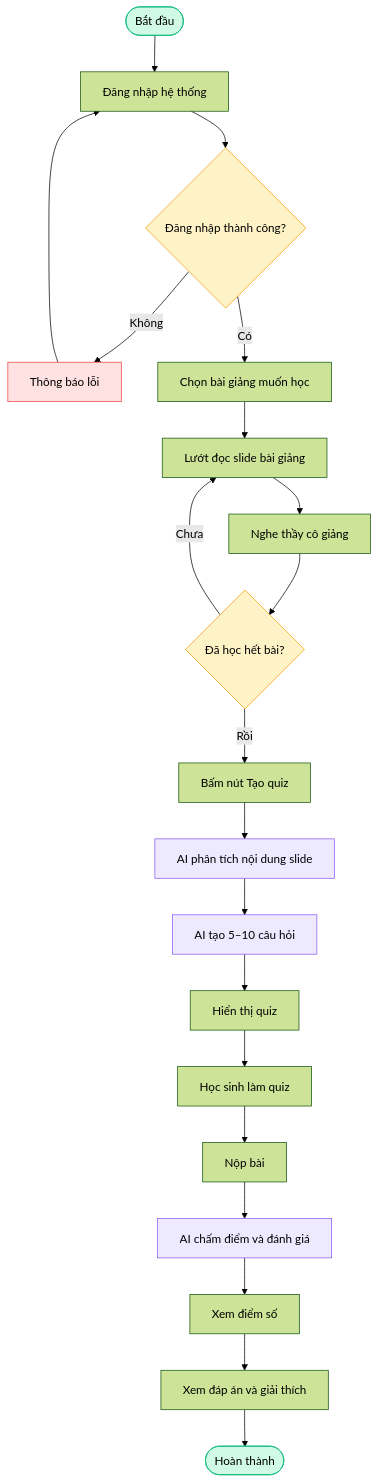
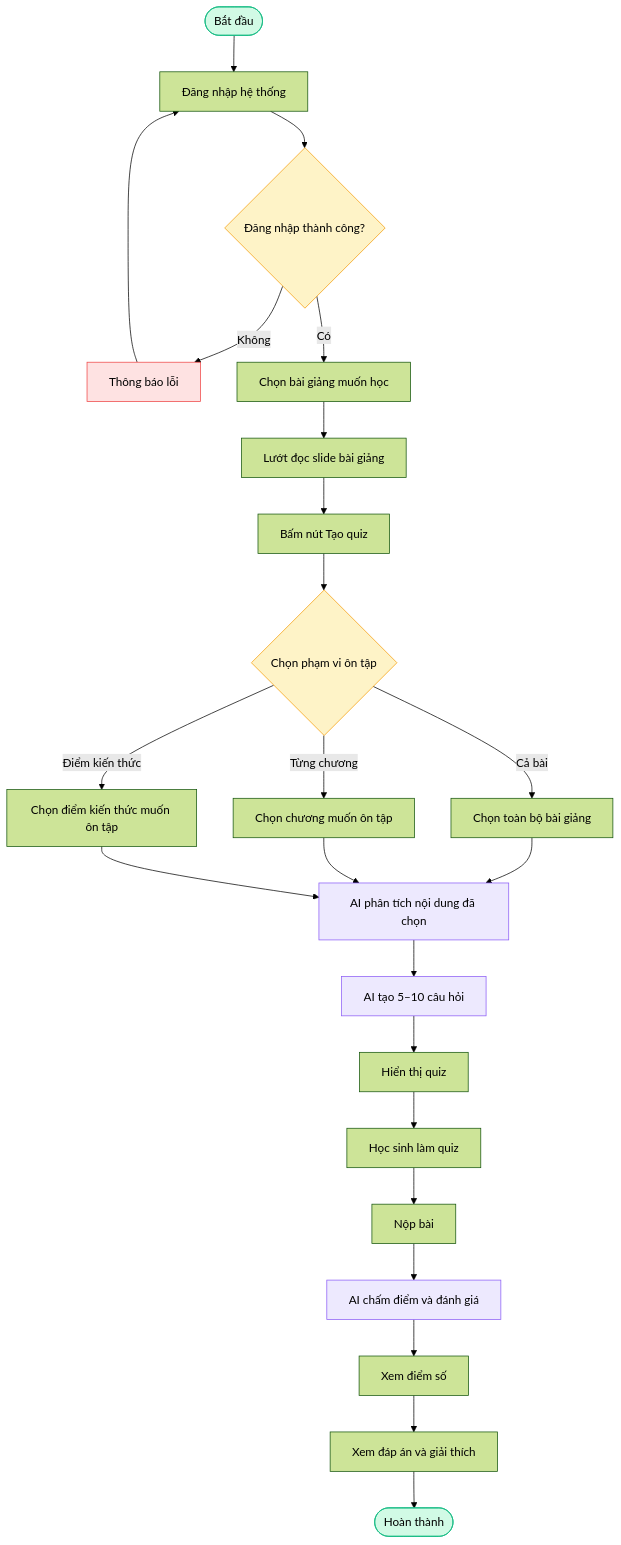
One commit to ducTin25/K3-hackathon-VVip-E403 changed the diagram in workflow-quiz-ai.md. Above: the diagram before and after it, drawn with Mermaid (forest theme). The commit also changed other lines of this file and 1 other file, not shown here.

Commit message:
workflow

````diff
--- a/workflow-quiz-ai.md
+++ b/workflow-quiz-ai.md
@@ -3,37 +3,40 @@
 ```mermaid
 flowchart TD
     A([Bắt đầu]) --> B[Đăng nhập hệ thống]
     B --> C{Đăng nhập thành công?}
 
     C -- Không --> D[Thông báo lỗi]
     D --> B
     C -- Có --> E[Chọn bài giảng muốn học]
 
     E --> F[Lướt đọc slide bài giảng]
-    F --> G[Nghe thầy cô giảng]
-    G --> H{Đã học hết bài?}
+    F --> I[Bấm nút Tạo quiz]
+    I --> S{Chọn phạm vi ôn tập}
 
-    H -- Chưa --> F
-    H -- Rồi --> I[Bấm nút Tạo quiz]
+    S -- Cả bài --> T[Chọn toàn bộ bài giảng]
+    S -- Từng chương --> U[Chọn chương muốn ôn tập]
+    S -- Điểm kiến thức --> V[Chọn điểm kiến thức muốn ôn tập]
 
-    I --> J[AI phân tích nội dung slide]
+    T --> J[AI phân tích nội dung đã chọn]
+    U --> J
+    V --> J
     J --> K[AI tạo 5–10 câu hỏi]
     K --> L[Hiển thị quiz]
 
     L --> M[Học sinh làm quiz]
     M --> N[Nộp bài]
     N --> O[AI chấm điểm và đánh giá]
 
     O --> P[Xem điểm số]
     P --> Q[Xem đáp án và giải thích]
     Q --> R([Hoàn thành])
 
     style A fill:#d1fae5,stroke:#10b981
     style R fill:#d1fae5,stroke:#10b981
     style C fill:#fef3c7,stroke:#f59e0b
-    style H fill:#fef3c7,stroke:#f59e0b
+    style S fill:#fef3c7,stroke:#f59e0b
     style J fill:#ede9fe,stroke:#8b5cf6
     style K fill:#ede9fe,stroke:#8b5cf6
     style O fill:#ede9fe,stroke:#8b5cf6
     style D fill:#fee2e2,stroke:#ef4444
 ```
````
